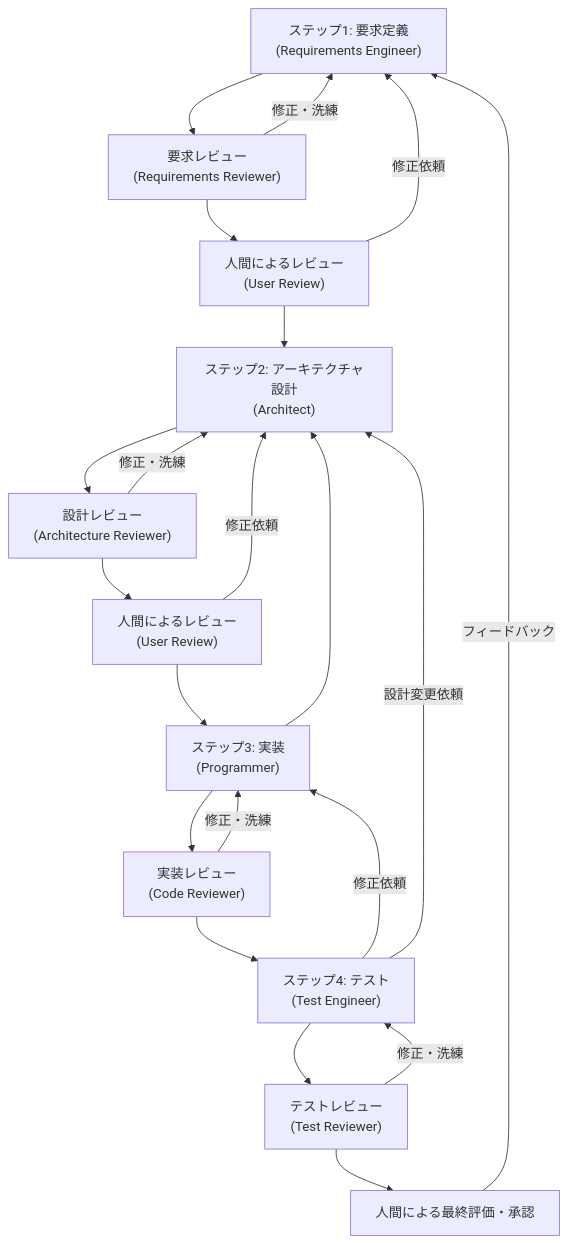
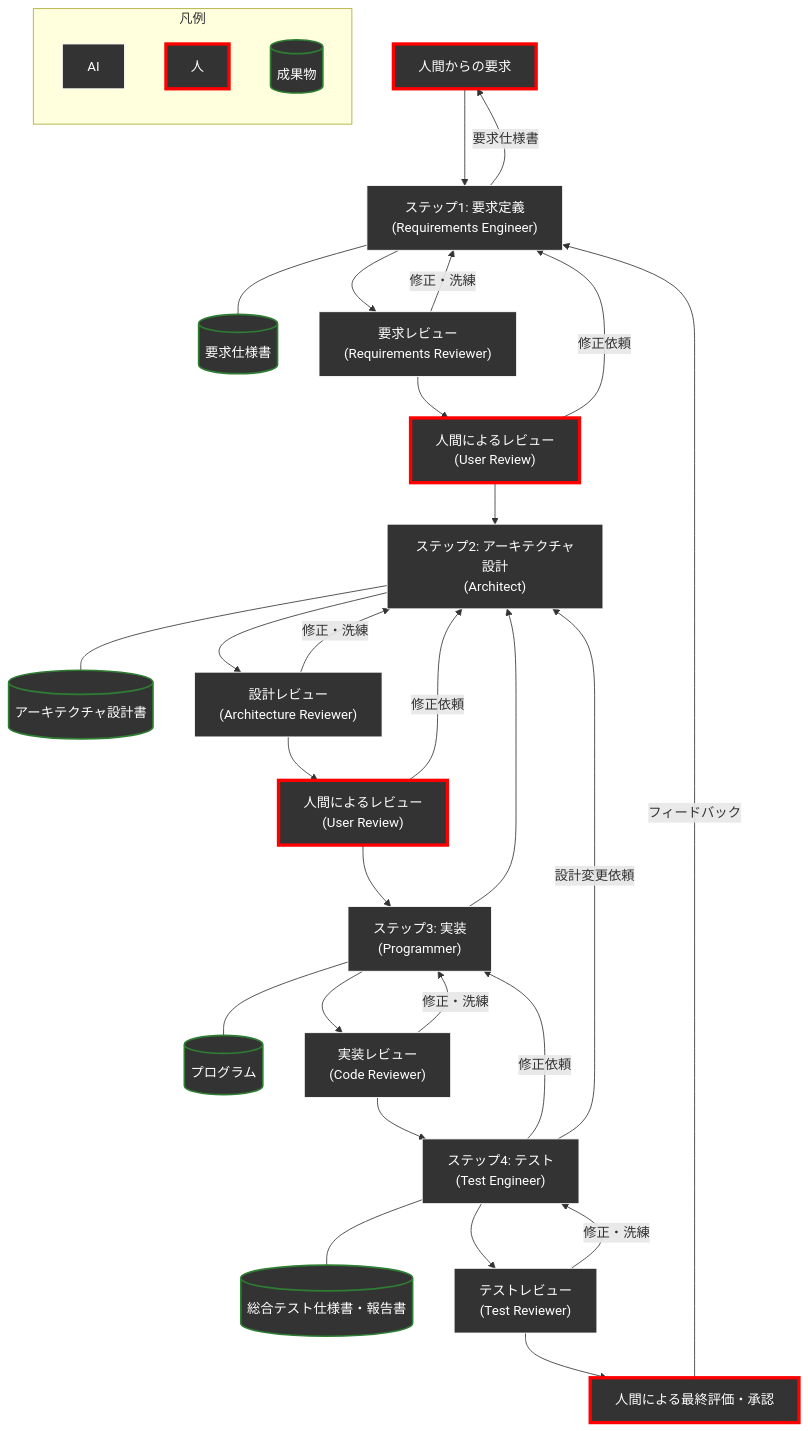
One commit to yamaPiT/AntigravityTemplate changed the diagram in README.md. Above: the diagram before and after it, drawn with Mermaid.

````diff
--- a/README.md
+++ b/README.md
@@ -23,27 +23,50 @@
 ```mermaid
 graph TD
-    Req["ステップ1: 要求定義<br>(Requirements Engineer)"] --> ReqRev["要求レビュー<br>(Requirements Reviewer)"]
+    UserReq["人間からの要求"] --> Req["ステップ1: 要求定義<br>(Requirements Engineer)"]
+    Req --- ReqDoc[("要求仕様書")]
+    Req -->|要求仕様書| UserReq
+    Req --> ReqRev["要求レビュー<br>(Requirements Reviewer)"]
     ReqRev -- 修正・洗練 --> Req
     ReqRev --> ReqHum["人間によるレビュー<br>(User Review)"]
     ReqHum -- 修正依頼 --> Req
     ReqHum --> Arch["ステップ2: アーキテクチャ設計<br>(Architect)"]
     
+    Arch --- ArchDoc[("アーキテクチャ設計書")]
     Arch --> ArchRev["設計レビュー<br>(Architecture Reviewer)"]
     ArchRev -- 修正・洗練 --> Arch
     ArchRev --> ArchHum["人間によるレビュー<br>(User Review)"]
     ArchHum -- 修正依頼 --> Arch
     ArchHum --> Impl["ステップ3: 実装<br>(Programmer)"]
     
+    Impl --- ProgDoc[("プログラム")]
     Impl --> ImplRev["実装レビュー<br>(Code Reviewer)"]
     ImplRev -- 修正・洗練 --> Impl
     Impl --> Arch
     ImplRev --> Test["ステップ4: テスト<br>(Test Engineer)"]
     
+    Test --- TestDoc[("総合テスト仕様書・報告書")]
     Test --> TestRev["テストレビュー<br>(Test Reviewer)"]
     TestRev -- 修正・洗練 --> Test
     Test -- 修正依頼 --> Impl
     Test -- 設計変更依頼 --> Arch
     
     TestRev --> Approve["人間による最終評価・承認"]
     Approve -->|フィードバック| Req
+
+    %% スタイル定義 (背景色を尊重し、枠線で役割を完結)
+    classDef human fill:#333333,stroke:#ff0000,stroke-width:4px,color:#ffffff;
+    classDef agent fill:#333333,stroke:#FFFFFF,stroke-width:1px,color:#ffffff;
+    classDef doc fill:#333333,stroke:#2e7d32,stroke-width:2px,color:#ffffff;
+    
+    class UserReq,ReqHum,ArchHum,Approve human;
+    class Req,ReqRev,Arch,ArchRev,Impl,ImplRev,Test,TestRev agent;
+    class ReqDoc,ArchDoc,ProgDoc,TestDoc doc;
+
+    %% 凡例 (小型化)
+    subgraph Legend ["凡例"]
+        direction TB
+        L1["AI"]:::agent
+        L2["人"]:::human
+        L3[("成果物")]:::doc
+    end
 ```
````
